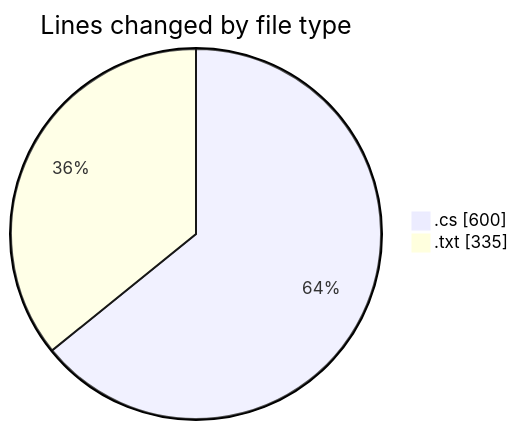
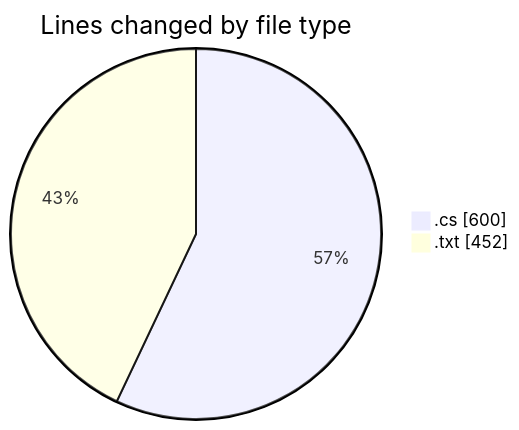
Before and after one commit to charlie-sans/code-tracking: the first of 2 diagrams in 2025-02-08/runner/README.md, drawn with Mermaid. The commit also changed other lines of this file and 1 other file, not shown here.

````diff
--- a/2025-02-08/runner/README.md
+++ b/2025-02-08/runner/README.md
@@ -23,6 +23,6 @@
 ```mermaid
 pie showData
 title Lines changed by file type
 ".cs" : 600
-".txt" : 335
+".txt" : 452
 ```
````
